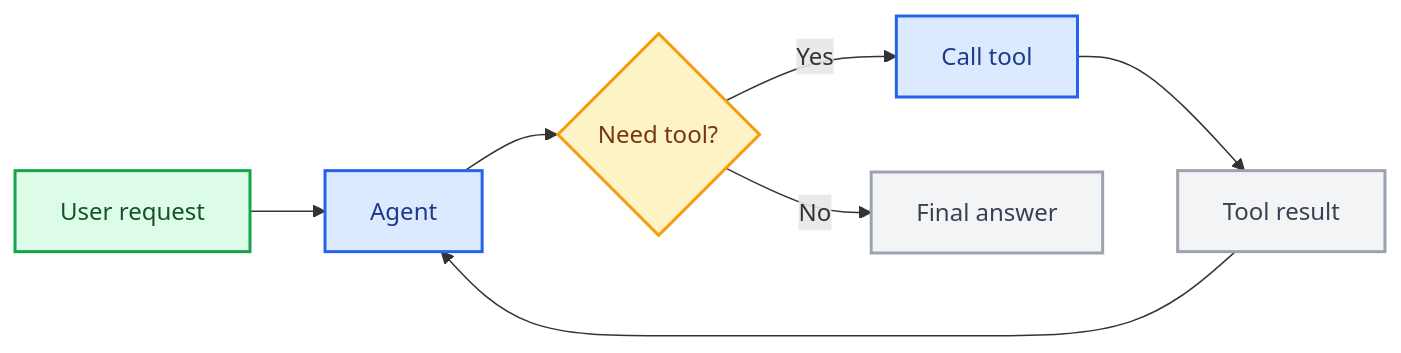
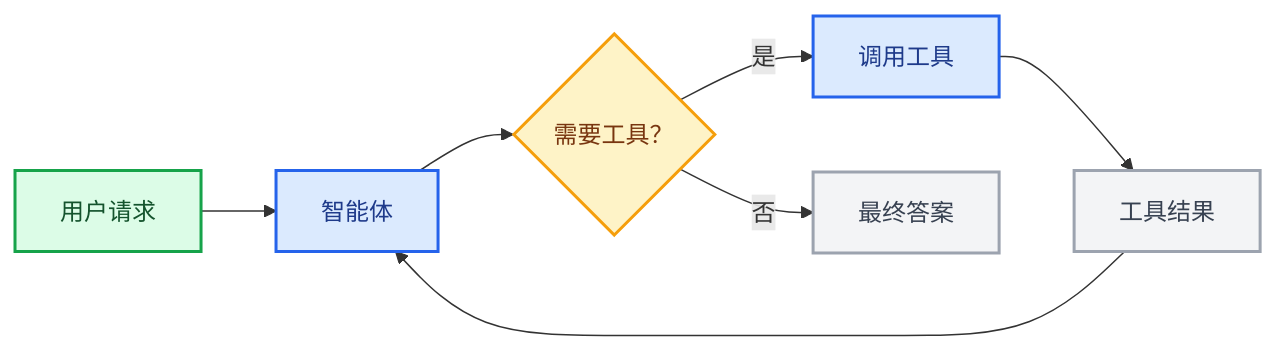
The third of 4 diagrams in oss/python/langchain/component-architecture.mdx (kunfan96/cndocs-langchain), drawn with Mermaid before and after one commit. The commit also changed other lines of this file and 1030 other files, not shown here.

````diff
--- a/oss/python/langchain/component-architecture.mdx
+++ b/oss/python/langchain/component-architecture.mdx
@@ -109,19 +109,19 @@
 ```mermaid
 graph LR
-    A[User request] --> B[Agent]
-    B --> C{Need tool?}
-    C -->|Yes| D[Call tool]
-    D --> E[Tool result]
+    A[用户请求] --> B[智能体]
+    B --> C{需要工具？}
+    C -->|是| D[调用工具]
+    D --> E[工具结果]
     E --> B
-    C -->|No| F[Final answer]
+    C -->|否| F[最终答案]
 
     classDef trigger fill:#DCFCE7,stroke:#16A34A,stroke-width:2px,color:#14532D
     classDef process fill:#DBEAFE,stroke:#2563EB,stroke-width:2px,color:#1E3A8A
     classDef decision fill:#FEF3C7,stroke:#F59E0B,stroke-width:2px,color:#78350F
     classDef neutral fill:#F3F4F6,stroke:#9CA3AF,stroke-width:2px,color:#374151
 
     class A trigger
     class B,D process
     class C decision
     class E,F neutral
 ```
````
